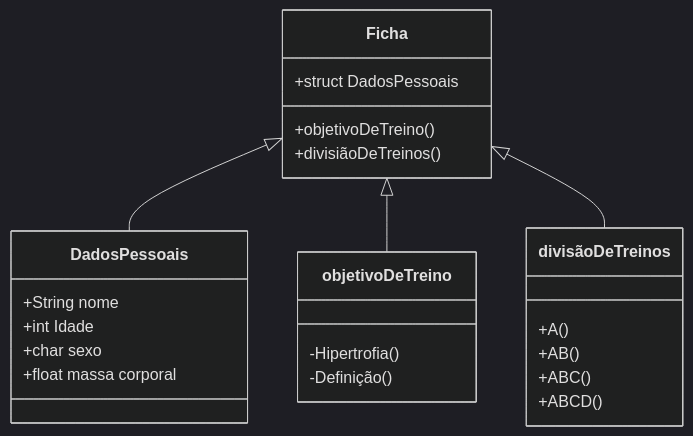
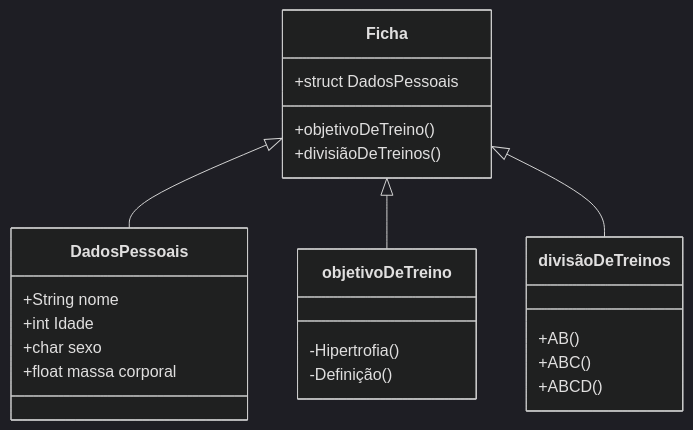
The diagram in readme.MD (caio-passos/fichaacademia), drawn with Mermaid (dark theme) before and after one commit.

Commit message:
Projeto ficha academia

````diff
--- a/readme.MD
+++ b/readme.MD
@@ -13,25 +13,24 @@
 ```mermaid
     classDiagram
     Ficha <|-- DadosPessoais
     Ficha <|-- objetivoDeTreino
     Ficha <|-- divisãoDeTreinos
     Ficha : +struct DadosPessoais
     Ficha : +objetivoDeTreino()
     Ficha: +divisiãoDeTreinos()
     class DadosPessoais{
       +String nome
       +int Idade
       +char sexo
       +float massa corporal
     }
     class objetivoDeTreino{
       -Hipertrofia()
       -Definição()
     }
     class divisãoDeTreinos{
-      +A()
       +AB()
       +ABC()
       +ABCD()
     }
 ```
````
